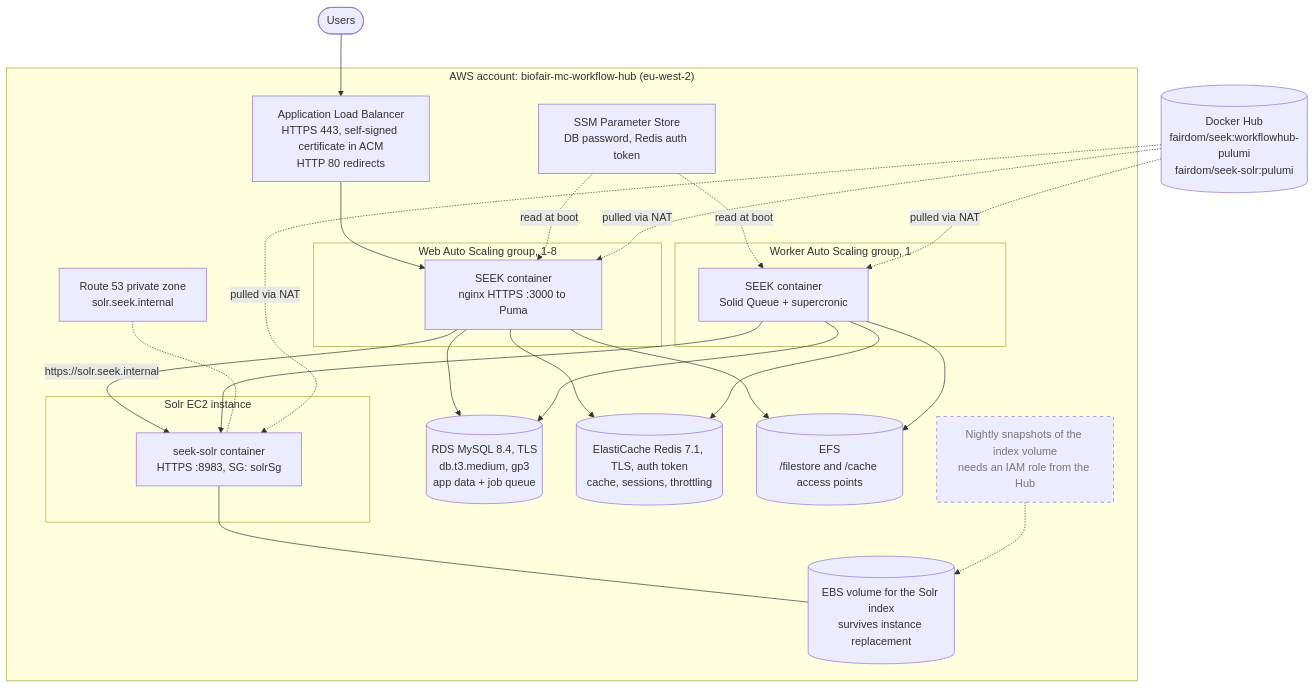
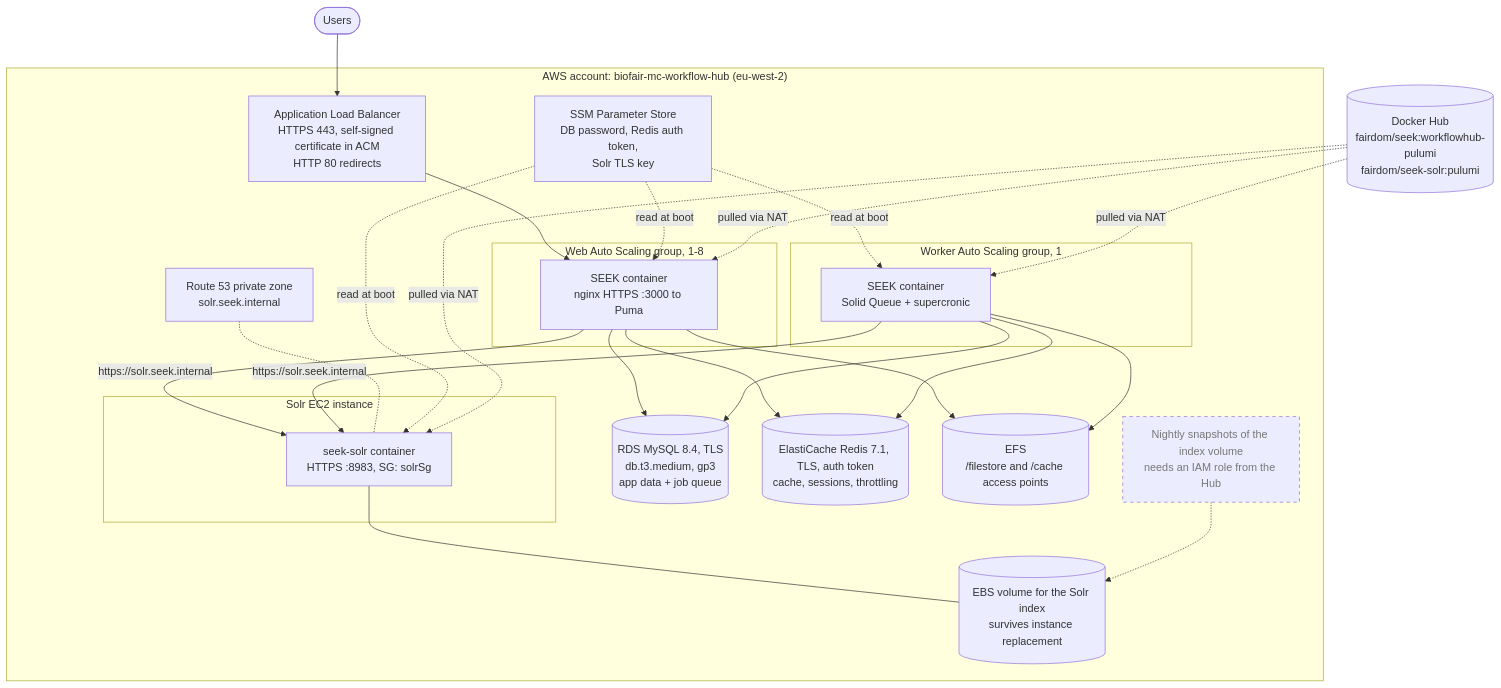
One commit to seek4science/seek changed the second of 5 diagrams in docs/pulumi-architecture.md. Above: the diagram before and after it, drawn with Mermaid. The commit also changed other lines of this file, not shown here.

First line of the commit message:
Bring the architecture document up to date with phase 2

````diff
--- a/docs/pulumi-architecture.md
+++ b/docs/pulumi-architecture.md
@@ -62,49 +64,50 @@
 ```mermaid
 flowchart TB
     users(["Users"])
     hub[("Docker Hub<br/>fairdom/seek:workflowhub-pulumi<br/>fairdom/seek-solr:pulumi")]
 
     subgraph aws["AWS account: biofair-mc-workflow-hub (eu-west-2)"]
         alb["Application Load Balancer<br/>HTTPS 443, self-signed certificate in ACM<br/>HTTP 80 redirects"]
 
         subgraph webasg["Web Auto Scaling group, 1-8"]
             web["SEEK container<br/>nginx HTTPS :3000 to Puma"]
         end
         subgraph workerasg["Worker Auto Scaling group, 1"]
             workers["SEEK container<br/>Solid Queue + supercronic"]
         end
         subgraph solrbox["Solr EC2 instance"]
             solr["seek-solr container<br/>HTTPS :8983, SG: solrSg"]
         end
 
         privdns["Route 53 private zone<br/>solr.seek.internal"]
         rds[("RDS MySQL 8.4, TLS<br/>db.t3.medium, gp3<br/>app data + job queue")]
         redis[("ElastiCache Redis 7.1, TLS, auth token<br/>cache, sessions, throttling")]
         efs[("EFS<br/>/filestore and /cache access points")]
-        params["SSM Parameter Store<br/>DB password, Redis auth token"]
+        params["SSM Parameter Store<br/>DB password, Redis auth token,<br/>Solr TLS key"]
 
         ebs[("EBS volume for the Solr index<br/>survives instance replacement")]
         snaps["Nightly snapshots of the index volume<br/>needs an IAM role from the Hub"]
     end
 
     users --> alb --> web
     web --> rds
     web --> redis
     web --> efs
     web -- "https://solr.seek.internal" --> solr
     workers --> rds
     workers --> redis
     workers --> efs
-    workers --> solr
+    workers -- "https://solr.seek.internal" --> solr
     privdns -.- solr
     params -. "read at boot" .-> web
     params -. "read at boot" .-> workers
+    params -. "read at boot" .-> solr
     hub -. "pulled via NAT" .-> web
     hub -. "pulled via NAT" .-> workers
     hub -. "pulled via NAT" .-> solr
     solr --- ebs
     snaps -.-> ebs
 
     classDef planned stroke-dasharray:5 5,color:#777
     class snaps planned
 ```
````
